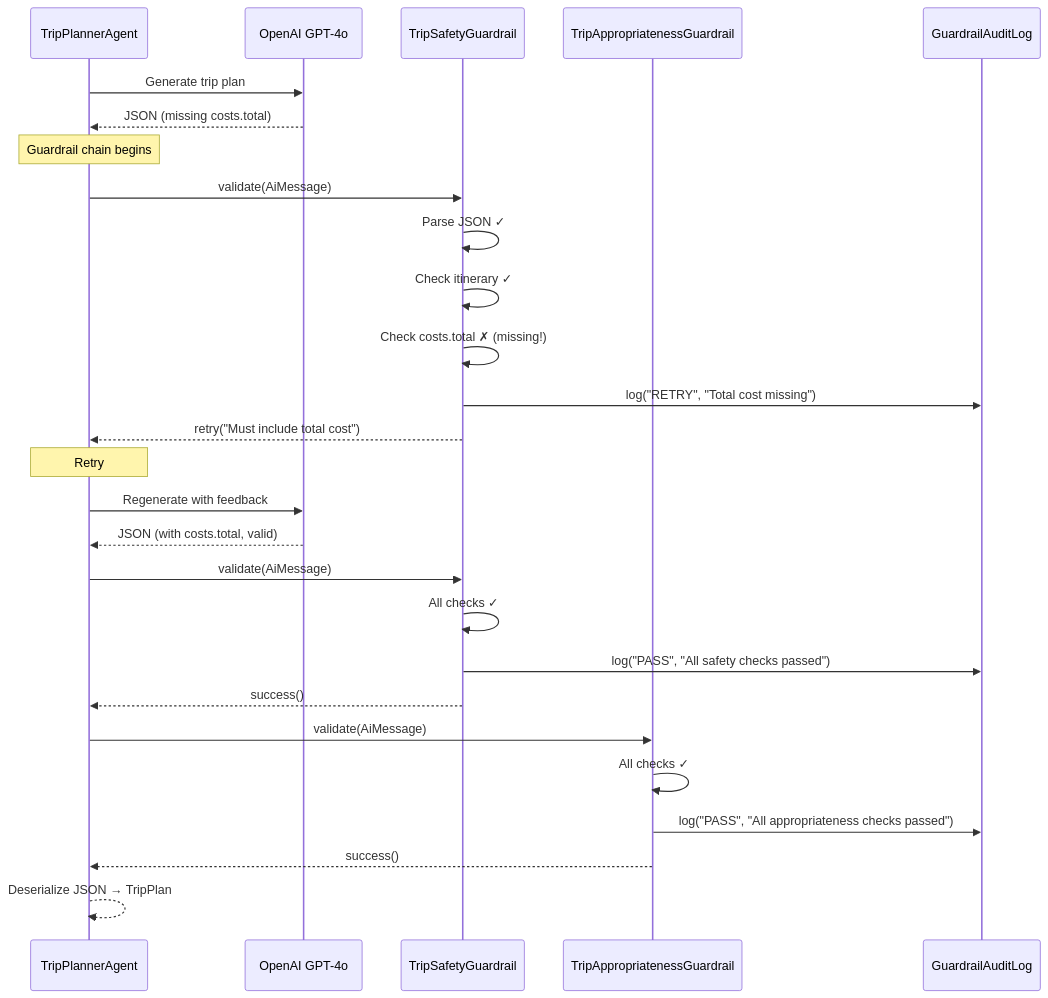
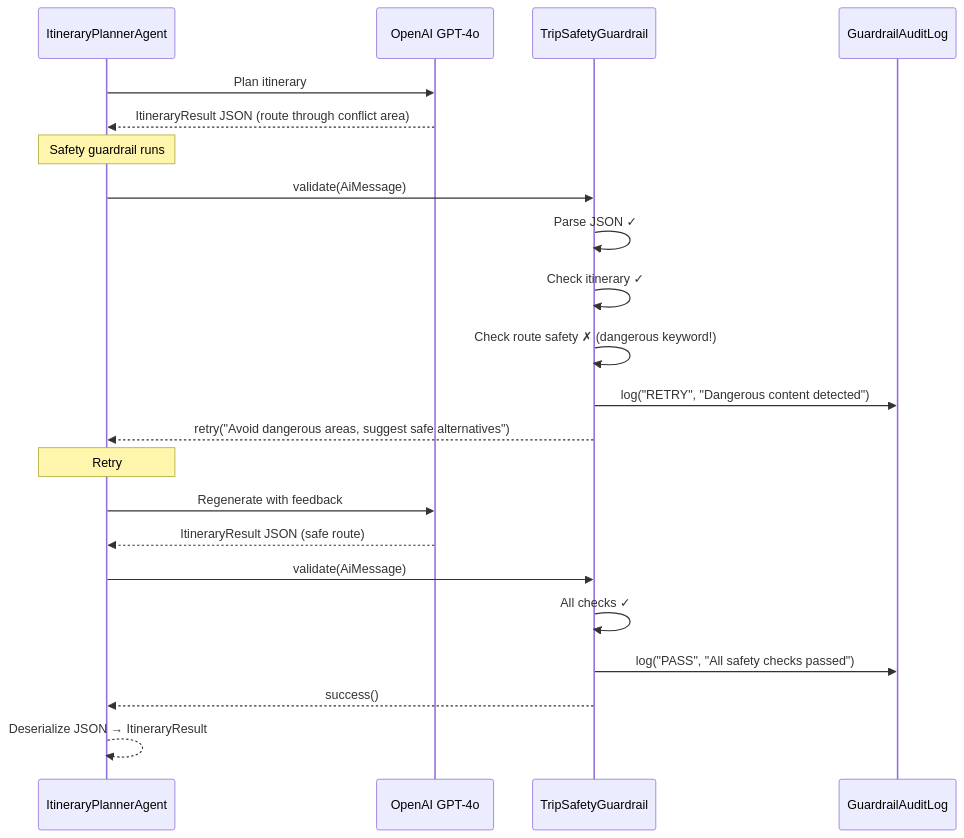
The second of 2 diagrams in docs/docs/section-3/step-02.md (quarkusio/quarkus-workshop-langchain4j), drawn with Mermaid before and after one commit. The commit also changed other lines of this file and 25 other files, not shown here.

````diff
--- a/docs/docs/section-3/step-02.md
+++ b/docs/docs/section-3/step-02.md
@@ -379,37 +400,31 @@
 ```mermaid
 sequenceDiagram
-    participant Agent as TripPlannerAgent
+    participant IP as ItineraryPlannerAgent
     participant LLM as OpenAI GPT-4o
     participant G1 as TripSafetyGuardrail
-    participant G2 as TripAppropriatenessGuardrail
     participant Audit as GuardrailAuditLog
 
-    Agent->>LLM: Generate trip plan
-    LLM-->>Agent: JSON (missing costs.total)
+    IP->>LLM: Plan itinerary
+    LLM-->>IP: ItineraryResult JSON (route through conflict area)
 
-    Note over Agent: Guardrail chain begins
+    Note over IP: Safety guardrail runs
 
-    Agent->>G1: validate(AiMessage)
+    IP->>G1: validate(AiMessage)
     G1->>G1: Parse JSON ✓
     G1->>G1: Check itinerary ✓
-    G1->>G1: Check costs.total ✗ (missing!)
-    G1->>Audit: log("RETRY", "Total cost missing")
-    G1-->>Agent: retry("Must include total cost")
+    G1->>G1: Check route safety ✗ (dangerous keyword!)
+    G1->>Audit: log("RETRY", "Dangerous content detected")
+    G1-->>IP: retry("Avoid dangerous areas, suggest safe alternatives")
 
-    Note over Agent: Retry #1
+    Note over IP: Retry #1
 
-    Agent->>LLM: Regenerate with feedback
-    LLM-->>Agent: JSON (with costs.total, valid)
+    IP->>LLM: Regenerate with feedback
+    LLM-->>IP: ItineraryResult JSON (safe route)
 
-    Agent->>G1: validate(AiMessage)
+    IP->>G1: validate(AiMessage)
     G1->>G1: All checks ✓
     G1->>Audit: log("PASS", "All safety checks passed")
-    G1-->>Agent: success()
+    G1-->>IP: success()
 
-    Agent->>G2: validate(AiMessage)
-    G2->>G2: All checks ✓
-    G2->>Audit: log("PASS", "All appropriateness checks passed")
-    G2-->>Agent: success()
-
-    Agent-->>Agent: Deserialize JSON → TripPlan
+    IP-->>IP: Deserialize JSON → ItineraryResult
 ```
````
